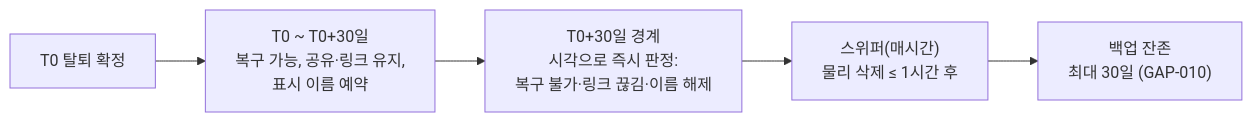
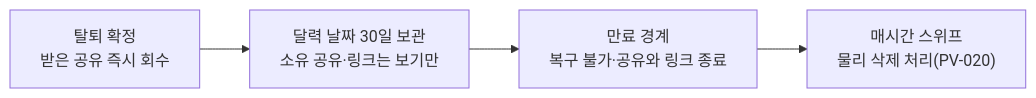
One commit to HoBaeBang/naruworks-platform changed the fourth of 4 diagrams in docs/02-architecture/04-NFR-technical.md. Above: the diagram before and after it, drawn with Mermaid. The commit also changed other lines of this file and 10 other files, not shown here.

````diff
--- a/docs/02-architecture/04-NFR-technical.md
+++ b/docs/02-architecture/04-NFR-technical.md
@@ -202,7 +195,6 @@
 ```mermaid
 flowchart LR
-  T0["T0 탈퇴 확정"] --> R["T0 ~ T0+30일<br/>복구 가능, 공유·링크 유지,<br/>표시 이름 예약"]
-  R --> B["T0+30일 경계<br/>시각으로 즉시 판정:<br/>복구 불가·링크 끊김·이름 해제"]
-  B --> S["스위퍼(매시간)<br/>물리 삭제 ≤ 1시간 후"]
-  S --> K["백업 잔존<br/>최대 30일 (GAP-010)"]
+  T0["탈퇴 확정<br/>받은 공유 즉시 회수"] --> R["달력 날짜 30일 보관<br/>소유 공유·링크는 보기만"]
+  R --> B["만료 경계<br/>복구 불가·공유와 링크 종료"]
+  B --> S["매시간 스위프<br/>물리 삭제 처리(PV-020)"]
 ```
````
